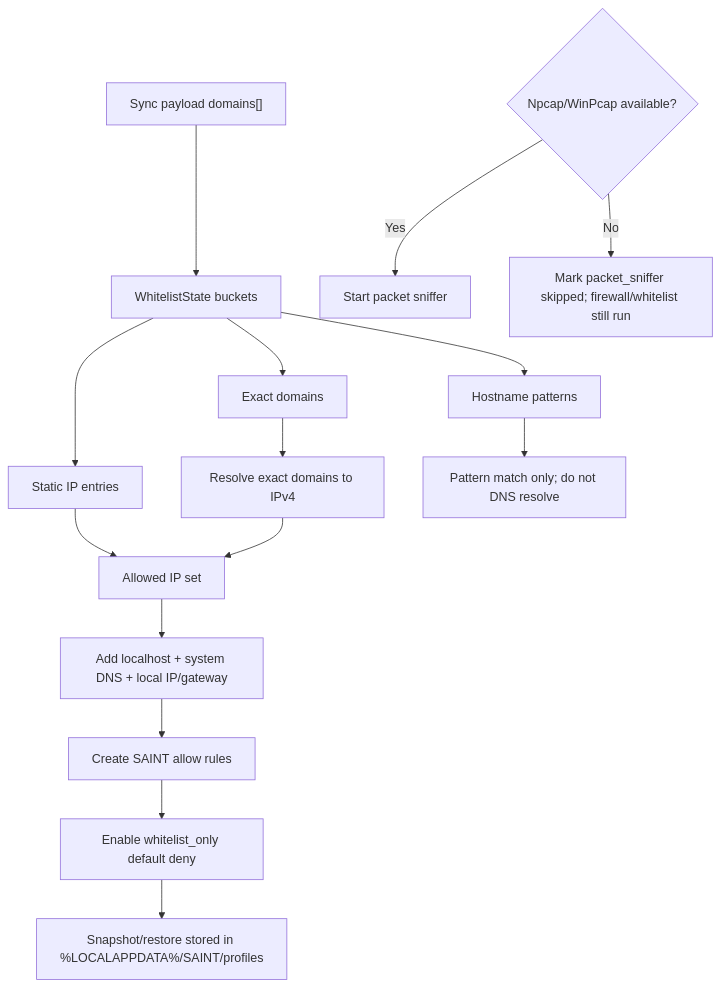
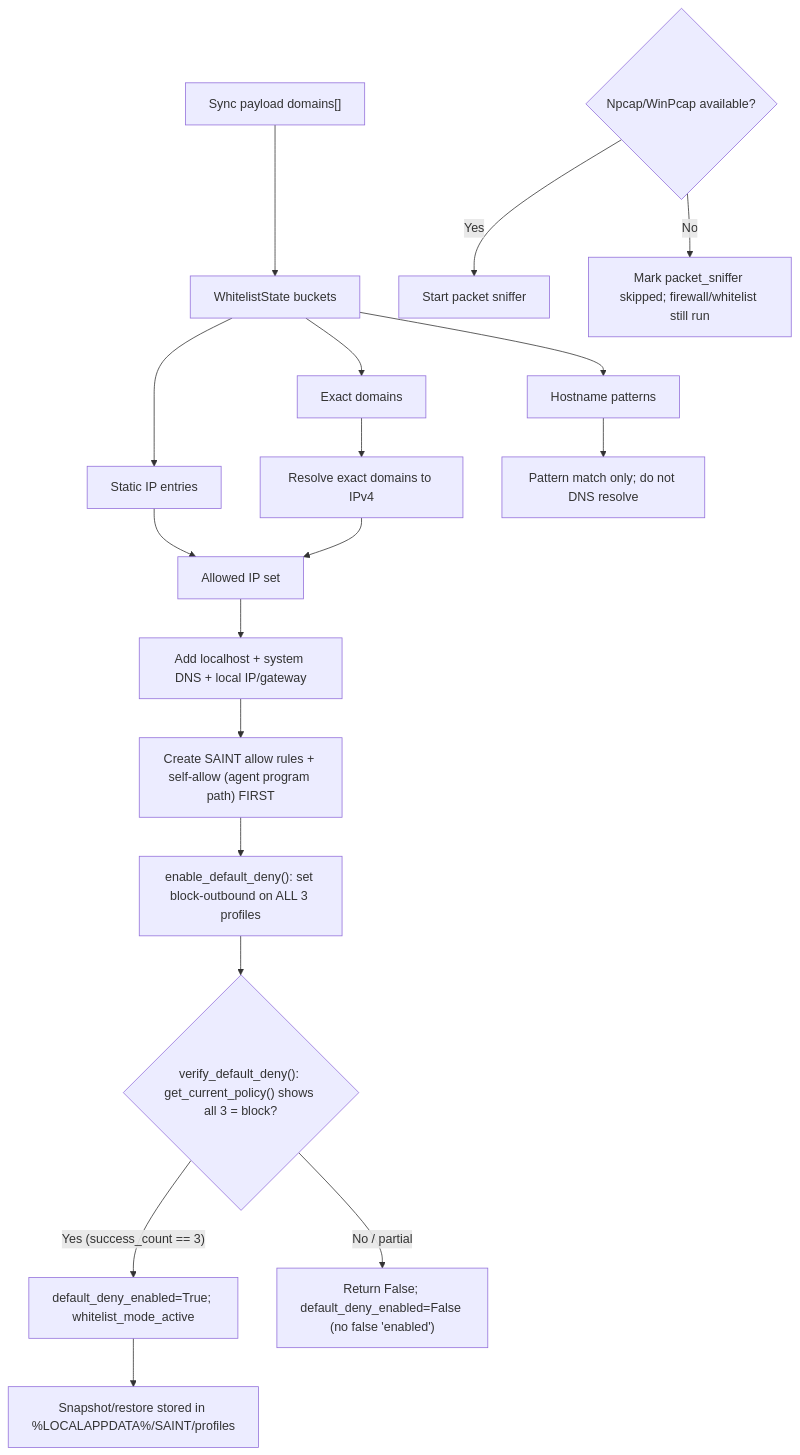
Before and after one commit to Son0ngu/Firewall_controller_enhanced: the fourth of 7 diagrams in docs/reference/current-flows.md, drawn with Mermaid. The commit also changed other lines of this file and 148 other files, not shown here.

````diff
--- a/docs/reference/current-flows.md
+++ b/docs/reference/current-flows.md
@@ -145,20 +147,23 @@
 ```mermaid
 flowchart TD
     PAYLOAD["Sync payload domains[]"] --> STATE["WhitelistState buckets"]
     STATE --> DOMAINS["Exact domains"]
     STATE --> PATTERNS["Hostname patterns"]
     STATE --> STATICIPS["Static IP entries"]
 
     DOMAINS --> DNS["Resolve exact domains to IPv4"]
     PATTERNS --> MATCHONLY["Pattern match only; do not DNS resolve"]
     STATICIPS --> IPS["Allowed IP set"]
     DNS --> IPS
 
     IPS --> ESSENTIAL["Add localhost + system DNS + local IP/gateway"]
-    ESSENTIAL --> RULES["Create SAINT allow rules"]
-    RULES --> DENY["Enable whitelist_only default deny"]
-    DENY --> SNAPSHOT["Snapshot/restore stored in %LOCALAPPDATA%/SAINT/profiles"]
+    ESSENTIAL --> RULES["Create SAINT allow rules + self-allow (agent program path) FIRST"]
+    RULES --> DENY["enable_default_deny(): set block-outbound on ALL 3 profiles"]
+    DENY --> VERIFY{"verify_default_deny(): get_current_policy() shows all 3 = block?"}
+    VERIFY -->|"Yes (success_count == 3)"| ACTIVE["default_deny_enabled=True; whitelist_mode_active"]
+    VERIFY -->|"No / partial"| FAILCLOSED["Return False; default_deny_enabled=False (no false 'enabled')"]
+    ACTIVE --> SNAPSHOT["Snapshot/restore stored in %LOCALAPPDATA%/SAINT/profiles"]
 
     NPCAP{"Npcap/WinPcap available?"} -->|"Yes"| SNIFFER["Start packet sniffer"]
     NPCAP -->|"No"| SKIP["Mark packet_sniffer skipped; firewall/whitelist still run"]
 ```
````
